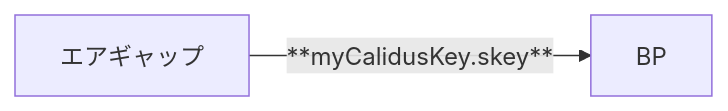
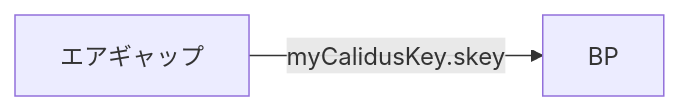
The fourth of 4 diagrams in docs/cardano/operation/calidus-key-generation.md (btbf/spojapanguild), drawn with Mermaid before and after one commit. The commit also changed other lines of this file and 61 other files, not shown here.

````diff
--- a/docs/cardano/operation/calidus-key-generation.md
+++ b/docs/cardano/operation/calidus-key-generation.md
@@ -305,4 +305,4 @@
     ``` mermaid
     graph LR
-        A[エアギャップ] -->|**myCalidusKey.skey**| B[BP];
+        A[エアギャップ] -->|myCalidusKey.skey| B[BP];
     ```
````
